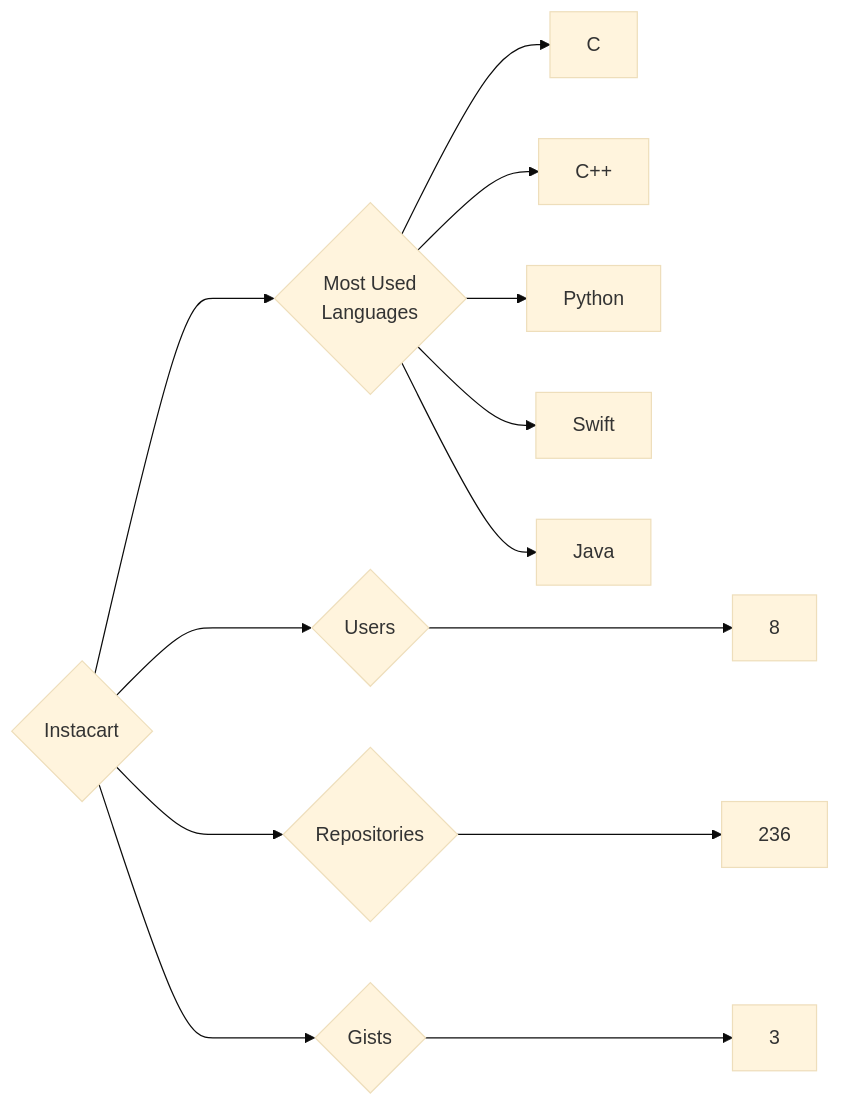
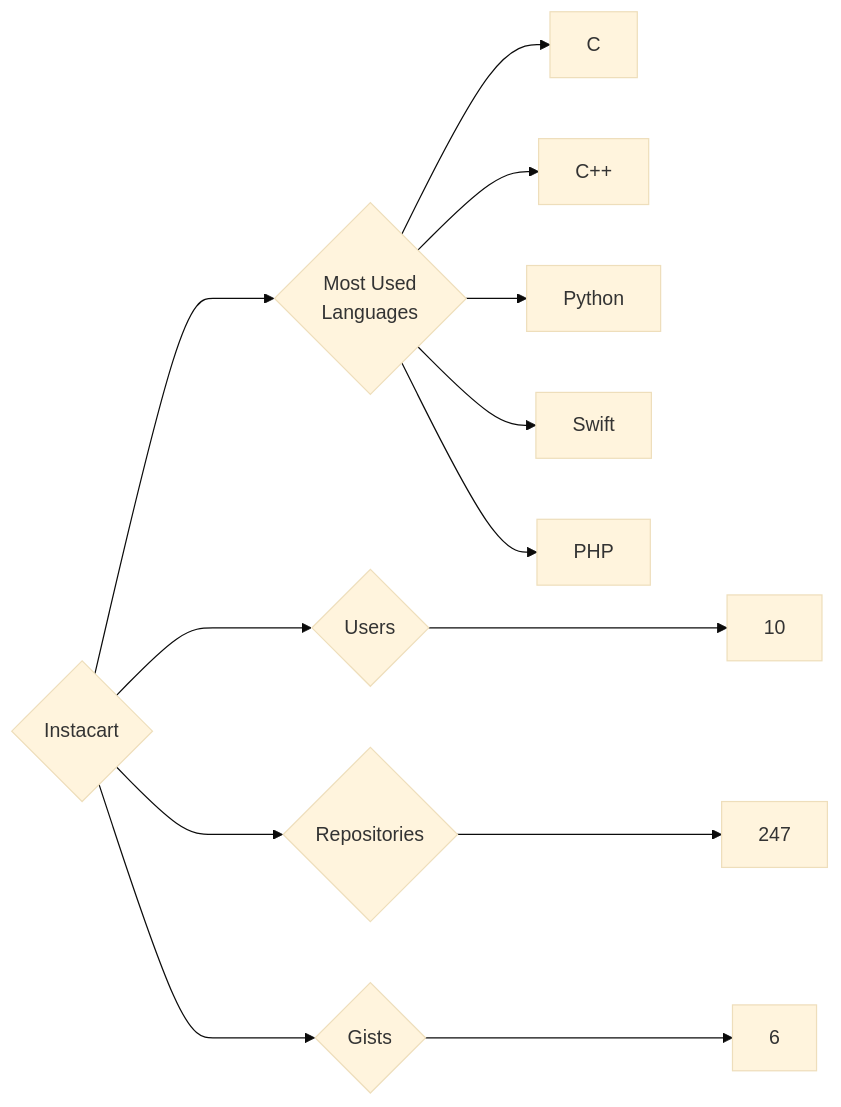
Before and after one commit to trickest/insiders: the diagram in targets/Instacart/README.md, drawn with Mermaid (base theme). The commit also changed 1088 other files, not shown here.

````diff
--- a/targets/Instacart/README.md
+++ b/targets/Instacart/README.md
@@ -3,13 +3,13 @@
 ```mermaid
 graph LR
 COMPANY_NAME{Instacart}
-COMPANY_NAME ---> U{Users} ---> UN[8]
-COMPANY_NAME ---> R{Repositories} ---> RN[236]
-COMPANY_NAME ---> G{Gists} ---> GN[3]
+COMPANY_NAME ---> U{Users} ---> UN[10]
+COMPANY_NAME ---> R{Repositories} ---> RN[247]
+COMPANY_NAME ---> G{Gists} ---> GN[6]
 COMPANY_NAME ---> ML{Most Used<br>Languages}
 ML --> C[C]
 ML --> C++[C++]
 ML --> Python[Python]
 ML --> Swift[Swift]
-ML --> Java[Java]
+ML --> PHP[PHP]
 ```
````
